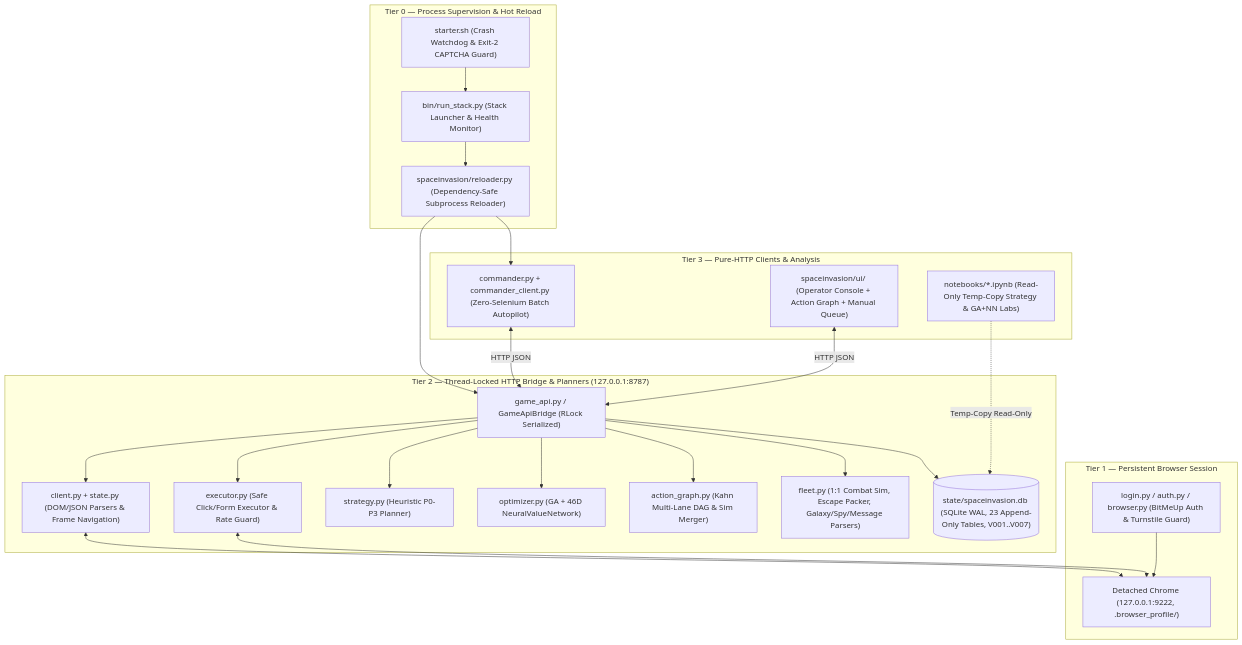
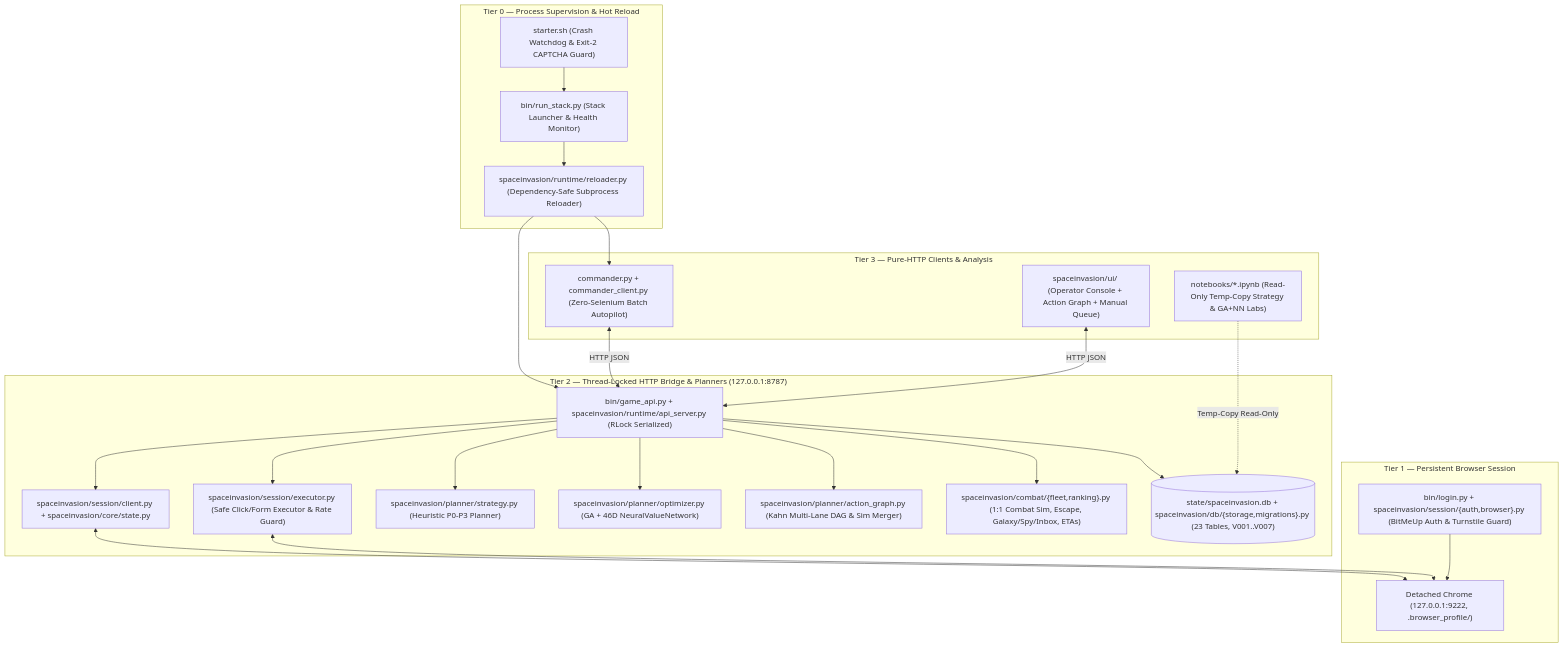
Before and after one commit to vitorecomp/spaceinvasion-autoplayer: the first of 2 diagrams in docs/architecture.md, drawn with Mermaid. The commit also changed 41 other files, not shown here.

Commit message:
refactor(pkg): modularize spaceinvasion into subpackages and fix fleet slot wakeup

````diff
--- a/docs/architecture.md
+++ b/docs/architecture.md
@@ -9,50 +9,50 @@
 ```mermaid
 flowchart TB
     subgraph Sup["Tier 0 — Process Supervision & Hot Reload"]
         SH["starter.sh (Crash Watchdog & Exit-2 CAPTCHA Guard)"]
         RS["bin/run_stack.py (Stack Launcher & Health Monitor)"]
-        RL["spaceinvasion/reloader.py (Dependency-Safe Subprocess Reloader)"]
+        RL["spaceinvasion/runtime/reloader.py (Dependency-Safe Subprocess Reloader)"]
         SH --> RS
         RS --> RL
     end
 
     subgraph T1["Tier 1 — Persistent Browser Session"]
         CH["Detached Chrome (127.0.0.1:9222, .browser_profile/)"]
-        AU["login.py / auth.py / browser.py (BitMeUp Auth & Turnstile Guard)"]
+        AU["bin/login.py + spaceinvasion/session/{auth,browser}.py (BitMeUp Auth & Turnstile Guard)"]
         AU --> CH
     end
 
     subgraph T2["Tier 2 — Thread-Locked HTTP Bridge & Planners (127.0.0.1:8787)"]
-        API["game_api.py / GameApiBridge (RLock Serialized)"]
-        CL["client.py + state.py (DOM/JSON Parsers & Frame Navigation)"]
-        EX["executor.py (Safe Click/Form Executor & Rate Guard)"]
-        PRIO["strategy.py (Heuristic P0-P3 Planner)"]
-        GANN["optimizer.py (GA + 46D NeuralValueNetwork)"]
-        DAG["action_graph.py (Kahn Multi-Lane DAG & Sim Merger)"]
-        FLT["fleet.py (1:1 Combat Sim, Escape Packer, Galaxy/Spy/Message Parsers)"]
-        DB[("state/spaceinvasion.db (SQLite WAL, 23 Append-Only Tables, V001..V007)")]
+        API["bin/game_api.py + spaceinvasion/runtime/api_server.py (RLock Serialized)"]
+        CL["spaceinvasion/session/client.py + spaceinvasion/core/state.py"]
+        EX["spaceinvasion/session/executor.py (Safe Click/Form Executor & Rate Guard)"]
+        PRIO["spaceinvasion/planner/strategy.py (Heuristic P0-P3 Planner)"]
+        GANN["spaceinvasion/planner/optimizer.py (GA + 46D NeuralValueNetwork)"]
+        DAG["spaceinvasion/planner/action_graph.py (Kahn Multi-Lane DAG & Sim Merger)"]
+        FLT["spaceinvasion/combat/{fleet,ranking}.py (1:1 Combat Sim, Escape, Galaxy/Spy/Inbox, ETAs)"]
+        DB[("state/spaceinvasion.db + spaceinvasion/db/{storage,migrations}.py (23 Tables, V001..V007)")]
 
         API --> CL
         API --> EX
         API --> PRIO
         API --> GANN
         API --> DAG
         API --> FLT
         API --> DB
         CL <--> CH
         EX <--> CH
     end
 
     subgraph T3["Tier 3 — Pure-HTTP Clients & Analysis"]
         CMD["commander.py + commander_client.py (Zero-Selenium Batch Autopilot)"]
         UI["spaceinvasion/ui/ (Operator Console + Action Graph + Manual Queue)"]
         NB["notebooks/*.ipynb (Read-Only Temp-Copy Strategy & GA+NN Labs)"]
 
         CMD <-->|"HTTP JSON"| API
         UI <-->|"HTTP JSON"| API
         NB -.->|"Temp-Copy Read-Only"| DB
     end
 
     RL --> API
     RL --> CMD
 ```
````
